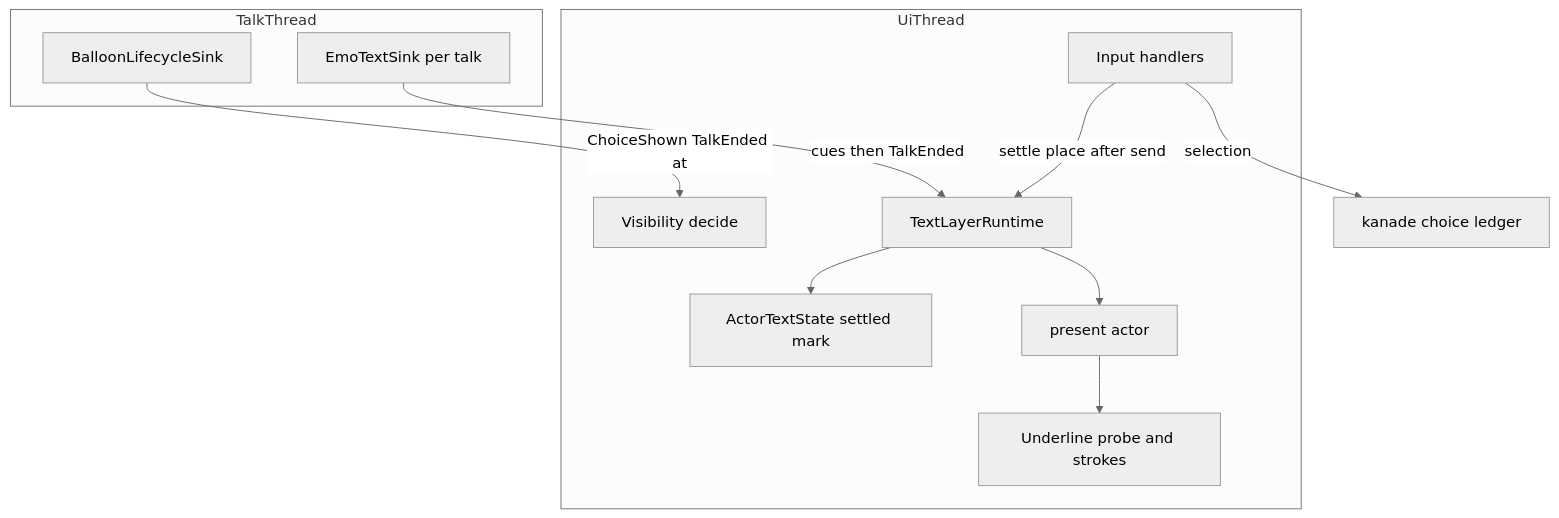
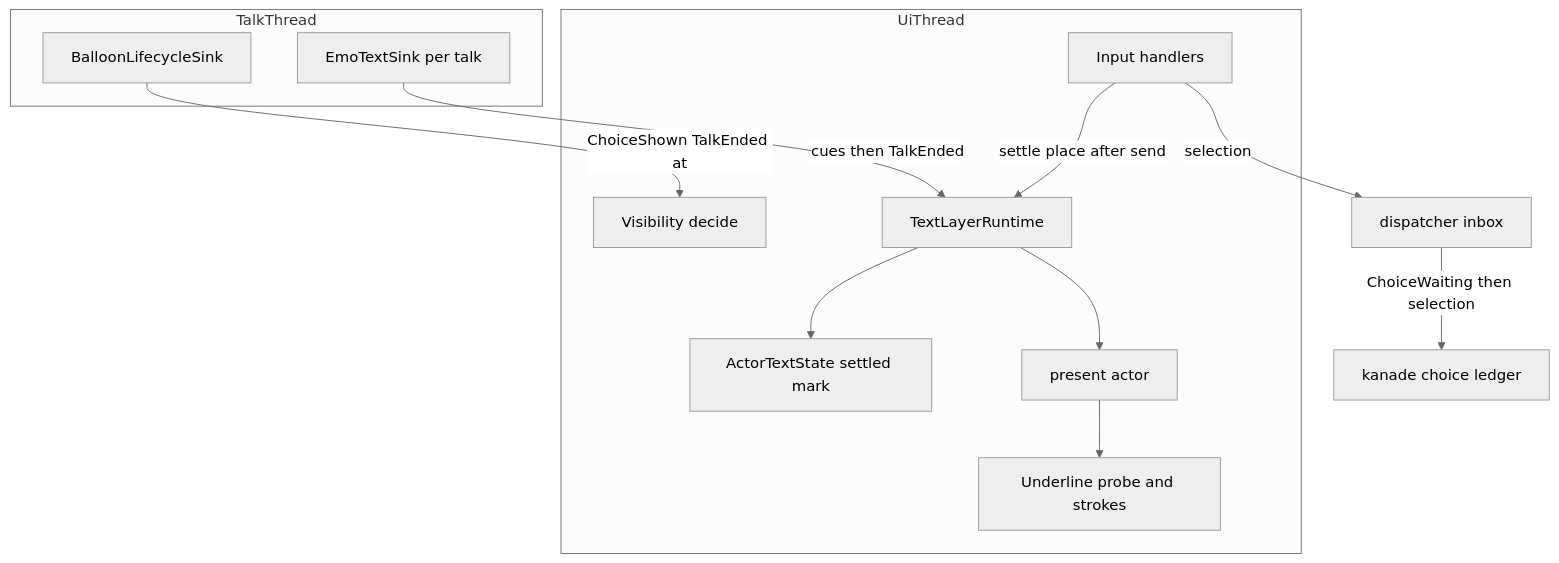
The first of 4 diagrams in .kiro/specs/areka-P0-balloon-text-bugs/design.md (ekicyou/areka), drawn with Mermaid (neutral theme) before and after one commit. The commit also changed other lines of this file and 2 other files, not shown here.

Commit message:
docs(areka-P0-balloon-text-bugs): 押下の選択を dispatcher 経由にして選択待ちとの順を保証する（開発者の裁定・案 (b)）

````diff
--- a/.kiro/specs/areka-P0-balloon-text-bugs/design.md
+++ b/.kiro/specs/areka-P0-balloon-text-bugs/design.md
@@ -75,23 +79,25 @@
 ```mermaid
 graph TB
     subgraph TalkThread
         LifecycleSink[BalloonLifecycleSink]
         TextSink[EmoTextSink per talk]
     end
     subgraph UiThread
         Visibility[Visibility decide]
         Input[Input handlers]
         Runtime[TextLayerRuntime]
         State[ActorTextState settled mark]
         Present[present actor]
         Painter[Underline probe and strokes]
     end
+    Dispatcher[dispatcher inbox]
     Kanade[kanade choice ledger]
     LifecycleSink -->|ChoiceShown TalkEnded at| Visibility
     TextSink -->|cues then TalkEnded| Runtime
     Input -->|settle place after send| Runtime
-    Input -->|selection| Kanade
+    Input -->|selection| Dispatcher
+    Dispatcher -->|ChoiceWaiting then selection| Kanade
     Runtime --> State
     Runtime --> Present
     Present --> Painter
 ```
````
